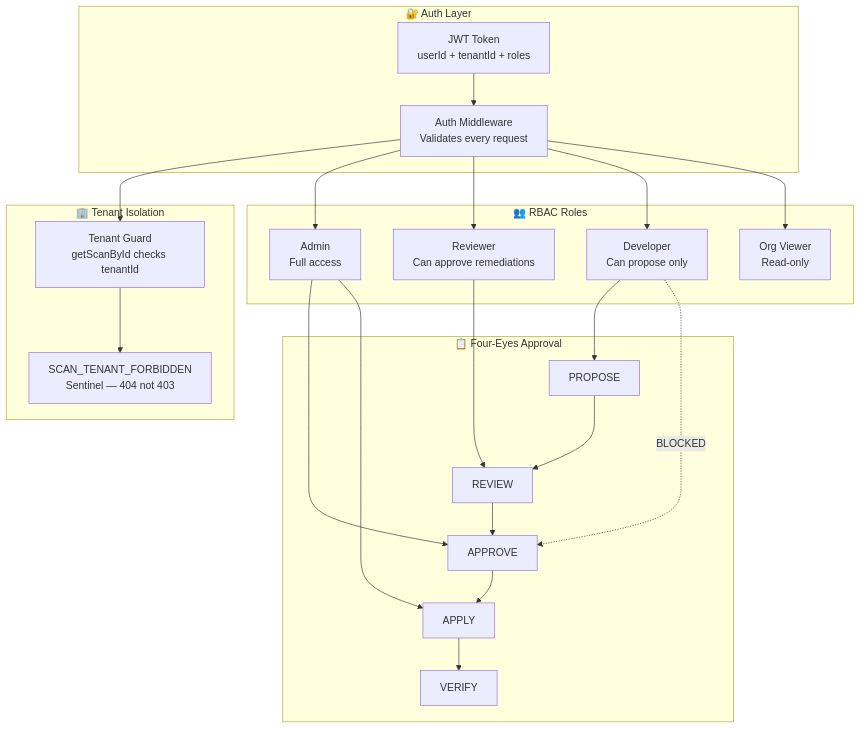
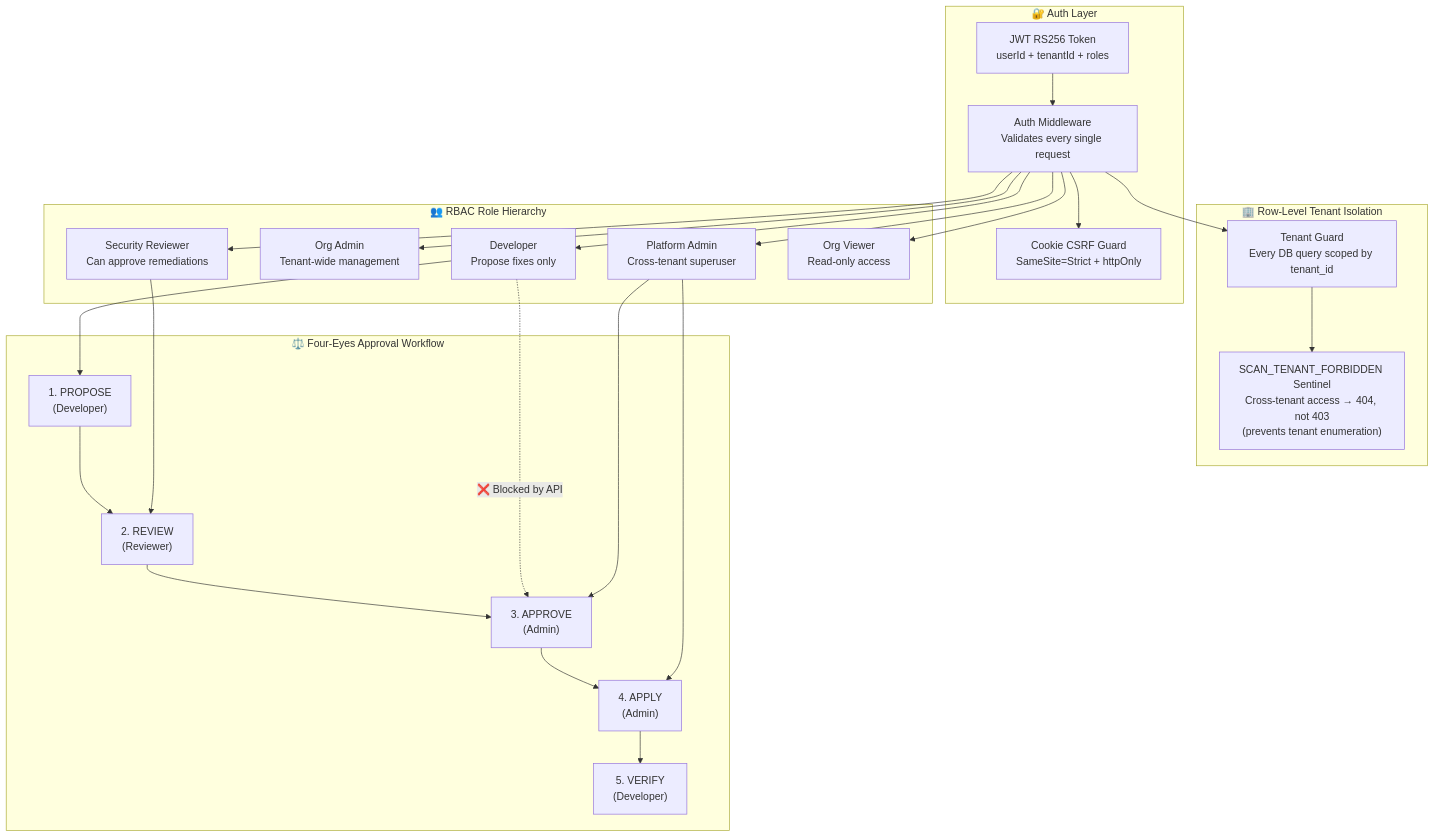
Before and after one commit to jeevanchandrashekhar31-a11y/ECDAT: the fourth of 6 diagrams in README.md, drawn with Mermaid. The commit also changed other lines of this file, not shown here.

Commit message:
docs: write comprehensive SIH judge-tailored README with architecture, future scope, and story

````diff
--- a/README.md
+++ b/README.md
@@ -170,31 +209,38 @@
 ```mermaid
 graph TD
-  subgraph "🔐 Auth Layer"
-    JWT[JWT Token<br/>userId + tenantId + roles]
-    MW[Auth Middleware<br/>Validates every request]
-  end
+    subgraph "🔐 Auth Layer"
+        JWT["JWT RS256 Token<br/>userId + tenantId + roles"]
+        MW["Auth Middleware<br/>Validates every single request"]
+        COOKIE["Cookie CSRF Guard<br/>SameSite=Strict + httpOnly"]
+    end
 
-  subgraph "🏢 Tenant Isolation"
-    TG[Tenant Guard<br/>getScanById checks tenantId]
-    SENT[SCAN_TENANT_FORBIDDEN<br/>Sentinel — 404 not 403]
-  end
+    subgraph "🏢 Row-Level Tenant Isolation"
+        TG["Tenant Guard<br/>Every DB query scoped by tenant_id"]
+        SENT["SCAN_TENANT_FORBIDDEN Sentinel<br/>Cross-tenant access → 404, not 403<br/>(prevents tenant enumeration)"]
+    end
 
-  subgraph "👥 RBAC Roles"
-    ADM[Admin<br/>Full access]
-    REV[Reviewer<br/>Can approve remediations]
-    DEV[Developer<br/>Can propose only]
-    ORG[Org Viewer<br/>Read-only]
-  end
+    subgraph "👥 RBAC Role Hierarchy"
+        ADM["Platform Admin<br/>Cross-tenant superuser"]
+        ORG["Org Admin<br/>Tenant-wide management"]
+        REV["Security Reviewer<br/>Can approve remediations"]
+        DEV["Developer<br/>Propose fixes only"]
+        VIEW["Org Viewer<br/>Read-only access"]
+    end
 
-  subgraph "📋 Four-Eyes Approval"
-    PROP[PROPOSE] --> REW[REVIEW] --> APP[APPROVE] --> APPLY[APPLY] --> VERIF[VERIFY]
-  end
+    subgraph "⚖️ Four-Eyes Approval Workflow"
+        PROP["1. PROPOSE<br/>(Developer)"]
+        REW["2. REVIEW<br/>(Reviewer)"]
+        APP["3. APPROVE<br/>(Admin)"]
+        APPLY["4. APPLY<br/>(Admin)"]
+        VERIF["5. VERIFY<br/>(Developer)"]
+        PROP --> REW --> APP --> APPLY --> VERIF
+        DEV -..->|"❌ Blocked by API"| APP
+    end
 
-  JWT --> MW --> TG
-  TG --> SENT
-  MW --> ADM & REV & DEV & ORG
-  DEV --> PROP
-  REV --> REW
-  ADM --> APP & APPLY
-  DEV -.->|BLOCKED| APP
+    JWT --> MW --> TG --> SENT
+    MW --> COOKIE
+    MW --> ADM & ORG & REV & DEV & VIEW
+    DEV --> PROP
+    REV --> REW
+    ADM --> APP & APPLY
 ```
````
